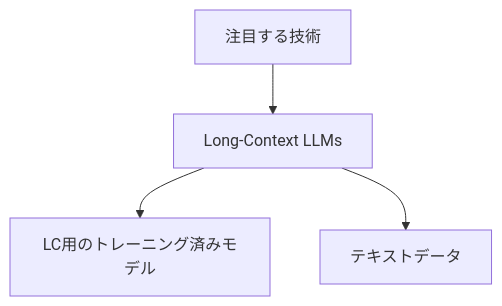
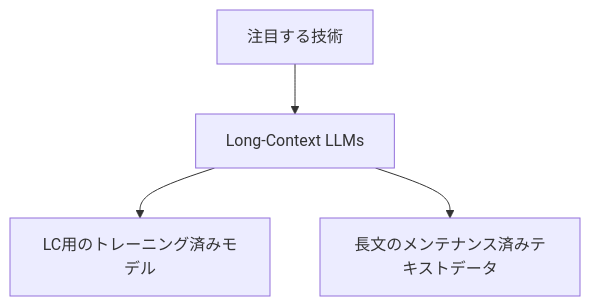
The eighth of 11 diagrams in README.md (SparklingDetergent/doc_genai_Proposal_for_introducing_generative_AI_with_emphasis_on_safety), drawn with Mermaid before and after one commit. The commit also changed other lines of this file, not shown here.

````diff
--- a/README.md
+++ b/README.md
@@ -315,6 +294,6 @@
 ```mermaid
 graph TD;
     A[注目する技術] --> B[Long-Context LLMs];
     B --> C[LC用のトレーニング済みモデル];
-    B --> D[テキストデータ];
+    B --> D[長文のメンテナンス済みテキストデータ];
 ```
````
